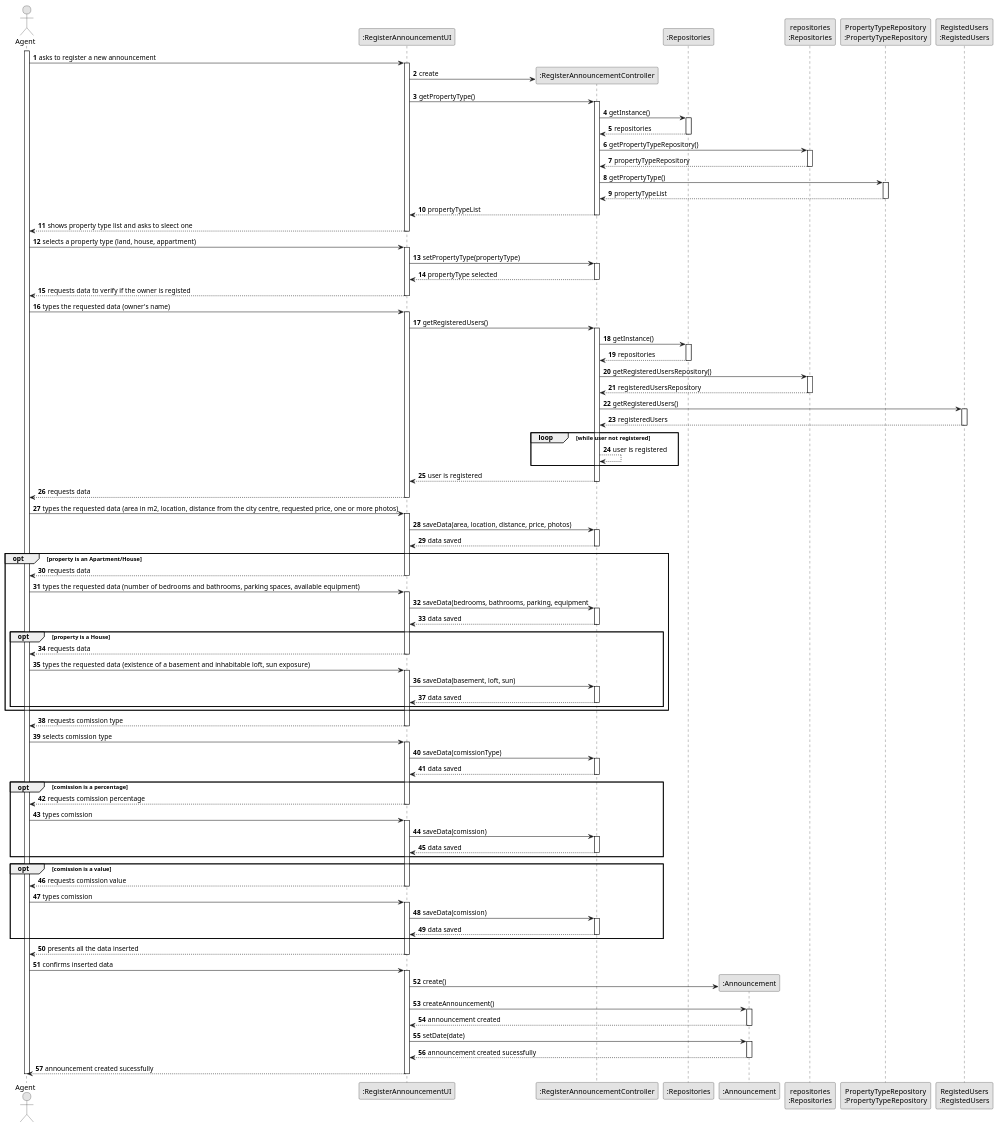
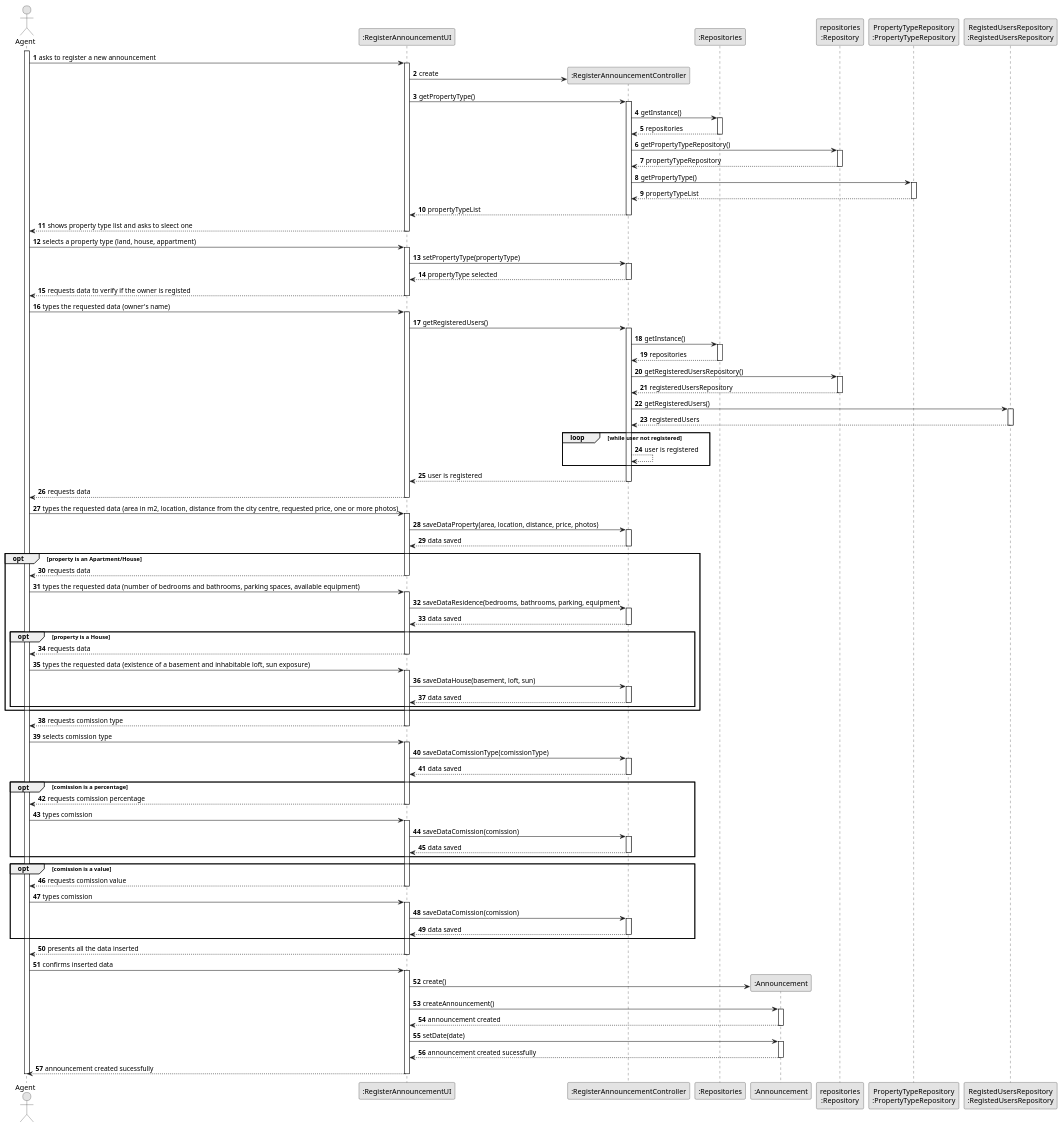
Before and after one commit to 1220812/LAPR2: the diagram in docs/sprintB/us002/03.design/puml/us002-sequence-diagram-full.puml, drawn with PlantUML. The commit also changed 1 other file, not shown here.

```diff
--- a/docs/sprintB/us002/03.design/puml/us002-sequence-diagram-full.puml
+++ b/docs/sprintB/us002/03.design/puml/us002-sequence-diagram-full.puml
@@ -1,184 +1,184 @@
 @startuml
 skinparam monochrome true
 skinparam packageStyle rectangle
 skinparam shadowing false
 
 autonumber
 
 'hide footbox
 actor "Agent" as AGENT
 participant ":RegisterAnnouncementUI" as UI
 participant ":RegisterAnnouncementController" as CTRL
 participant ":Repositories" as REP
 participant ":Announcement" as ANCMT
-participant "repositories\n:Repositories" as PLAT
+participant "repositories\n:Repository" as PLAT
 participant "PropertyTypeRepository\n:PropertyTypeRepository" as PropertyTypeREP
-participant "RegistedUsers\n:RegistedUsers" as RegistedUsersREP
+participant "RegistedUsersRepository\n:RegistedUsersRepository" as RegistedUsersREP
 
 
 activate AGENT
 
         AGENT -> UI : asks to register a new announcement
 
         activate UI
 
             create CTRL
             UI -> CTRL** : create
 
             UI -> CTRL : getPropertyType()
             activate CTRL
 
                 CTRL -> REP : getInstance()
                 activate REP
 
                     REP --> CTRL: repositories
                 deactivate REP
 
                 CTRL -> PLAT : getPropertyTypeRepository()
                 activate PLAT
 
                     PLAT --> CTRL: propertyTypeRepository
                 deactivate PLAT
 
                 CTRL -> PropertyTypeREP : getPropertyType()
                 activate PropertyTypeREP
 
                     PropertyTypeREP --> CTRL : propertyTypeList
                 deactivate PropertyTypeREP
 
                 CTRL --> UI : propertyTypeList
             deactivate CTRL
 
             UI --> AGENT : shows property type list and asks to sleect one
         deactivate UI
 
     AGENT -> UI : selects a property type (land, house, appartment)
     activate UI
     UI -> CTRL : setPropertyType(propertyType)
     activate CTRL
     CTRL --> UI : propertyType selected
     deactivate CTRL
 
         UI --> AGENT : requests data to verify if the owner is registed
     deactivate UI
 
     AGENT -> UI : types the requested data (owner's name)
     activate UI
         UI -> CTRL : getRegisteredUsers()
         activate CTRL
         CTRL -> REP : getInstance()
         activate REP
         REP --> CTRL : repositories
         deactivate REP
         CTRL -> PLAT : getRegisteredUsersRepository()
         activate PLAT
         PLAT --> CTRL : registeredUsersRepository
         deactivate PLAT
         CTRL -> RegistedUsersREP : getRegisteredUsers()
         activate RegistedUsersREP
         RegistedUsersREP --> CTRL : registeredUsers
         deactivate RegistedUsersREP
         loop while user not registered
         CTRL --> CTRL : user is registered
         end loop
         CTRL --> UI : user is registered
         deactivate CTRL
         UI --> AGENT : requests data
         deactivate UI
 
         AGENT -> UI : types the requested data (area in m2, location, distance from the city centre, requested price, one or more photos)
         activate UI
-        UI -> CTRL : saveData(area, location, distance, price, photos)
+        UI -> CTRL : saveDataProperty(area, location, distance, price, photos)
         activate CTRL
         CTRL --> UI : data saved
         deactivate CTRL
 
 
         opt property is an Apartment/House
 
         UI --> AGENT : requests data
     deactivate UI
 
     AGENT -> UI : types the requested data (number of bedrooms and bathrooms, parking spaces, available equipment)
         activate UI
 
-    UI -> CTRL : saveData(bedrooms, bathrooms, parking, equipment
+    UI -> CTRL : saveDataResidence(bedrooms, bathrooms, parking, equipment
     activate CTRL
     CTRL --> UI : data saved
     deactivate CTRL
 
 
         opt property is a House
 
         UI --> AGENT : requests data
     deactivate UI
 AGENT -> UI : types the requested data (existence of a basement and inhabitable loft, sun exposure)
 activate UI
-UI -> CTRL : saveData(basement, loft, sun)
+UI -> CTRL : saveDataHouse(basement, loft, sun)
 activate CTRL
 CTRL --> UI : data saved
 deactivate CTRL
 
 end opt
 end opt
 UI --> AGENT : requests comission type
 deactivate UI
 AGENT -> UI : selects comission type
 activate UI
-UI -> CTRL : saveData(comissionType)
+UI -> CTRL : saveDataComissionType(comissionType)
 activate CTRL
 CTRL --> UI : data saved
 deactivate CTRL
 opt comission is a percentage
 UI --> AGENT : requests comission percentage
 deactivate UI
 AGENT -> UI : types comission
 activate UI
-UI -> CTRL : saveData(comission)
+UI -> CTRL : saveDataComission(comission)
 activate CTRL
 CTRL --> UI : data saved
 deactivate CTRL
 
 
 end opt
 
 opt comission is a value
 UI --> AGENT : requests comission value
 deactivate UI
 AGENT -> UI : types comission
 activate UI
-UI -> CTRL : saveData(comission)
+UI -> CTRL : saveDataComission(comission)
 activate CTRL
 CTRL --> UI : data saved
 deactivate CTRL
 end opt
 
 
 UI --> AGENT : presents all the data inserted
 
 deactivate UI
 
 AGENT -> UI : confirms inserted data
 
 activate UI
 UI -> ANCMT** : create()
 UI -> ANCMT : createAnnouncement()
 activate ANCMT
 ANCMT --> UI : announcement created
 deactivate ANCMT
 UI -> ANCMT : setDate(date)
 activate ANCMT
 ANCMT --> UI : announcement created sucessfully
 deactivate ANCMT
 
 
 UI --> AGENT : announcement created sucessfully
 deactivate UI
 
 
 
 
 
 deactivate AGENT
 
 @enduml
```
